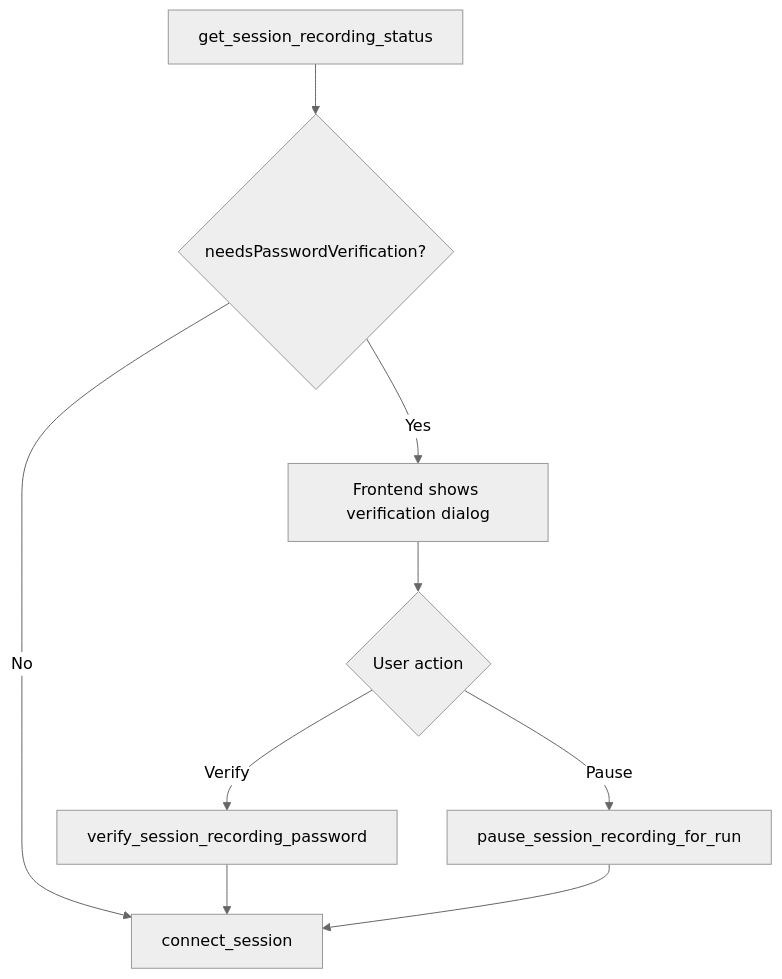
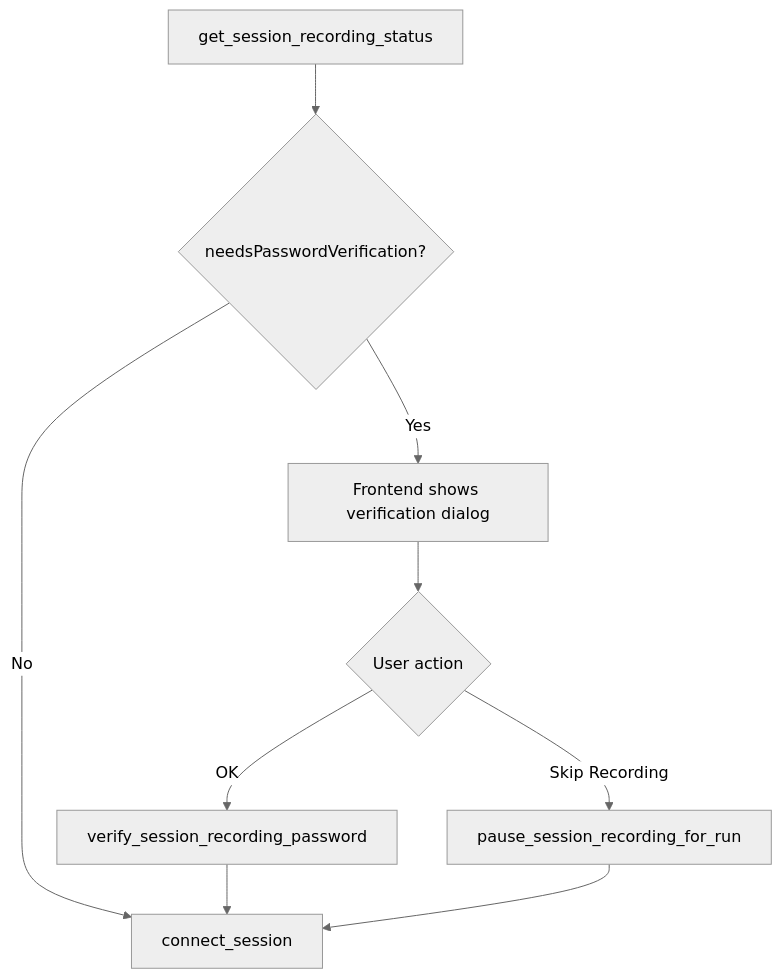
Before and after one commit to iridiumcao/iridium-remote: the diagram in doc/frontend-backend-contracts.md, drawn with Mermaid (neutral theme). The commit also changed other lines of this file and 18 other files, not shown here.

````diff
--- a/doc/frontend-backend-contracts.md
+++ b/doc/frontend-backend-contracts.md
@@ -65,11 +65,11 @@
 ```mermaid
 flowchart TD
     A[get_session_recording_status] --> B{needsPasswordVerification?}
     B -- No --> C[connect_session]
     B -- Yes --> D[Frontend shows verification dialog]
     D --> E{User action}
-    E -- Verify --> F[verify_session_recording_password]
+    E -- OK --> F[verify_session_recording_password]
     F --> C
-    E -- Pause --> G[pause_session_recording_for_run]
+    E -- Skip Recording --> G[pause_session_recording_for_run]
     G --> C
 ```
````
